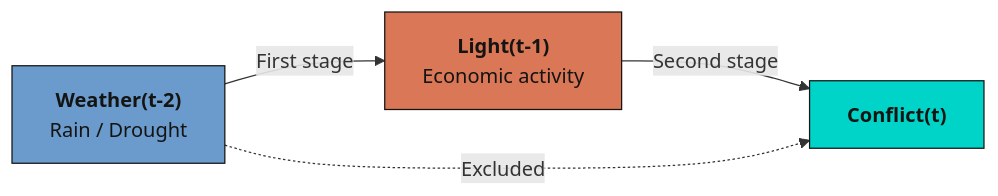
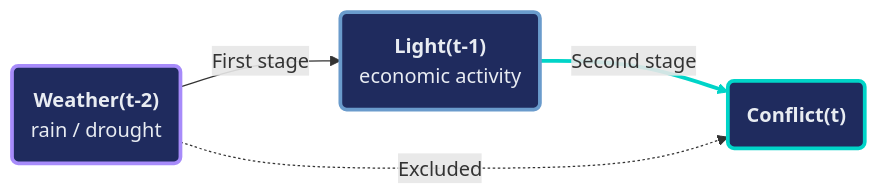
Before and after one commit to cmg777/starter-academic-v501: the second of 2 diagrams in content/post/stata_iv_panel/index.md, drawn with Mermaid. The commit also changed other lines of this file and 13 other files, not shown here.

First line of the commit message:
content(mermaid): restyle flowcharts in Stata posts, batch 1 of 2

````diff
--- a/content/post/stata_iv_panel/index.md
+++ b/content/post/stata_iv_panel/index.md
@@ -280,14 +284,18 @@
 ```mermaid
 graph LR
-    W["<b>Weather(t-2)</b><br/>Rain / Drought"]
-    L["<b>Light(t-1)</b><br/>Economic activity"]
-    C["<b>Conflict(t)</b>"]
+    W("<b>Weather(t-2)</b><br/>rain / drought")
+    L("<b>Light(t-1)</b><br/>economic activity")
+    C("<b>Conflict(t)</b>")
 
     W -->|"First stage"| L
     L -->|"Second stage"| C
     W -.->|"Excluded"| C
-
-    style W fill:#6a9bcc,stroke:#141413,color:#141413
-    style L fill:#d97757,stroke:#141413,color:#141413
-    style C fill:#00d4c8,stroke:#141413,color:#141413
+    classDef blue fill:#1f2b5e,stroke:#6a9bcc,stroke-width:3px,color:#e8ecf2
+    classDef orange fill:#1f2b5e,stroke:#d97757,stroke-width:3px,color:#e8ecf2
+    classDef teal fill:#1f2b5e,stroke:#00d4c8,stroke-width:3px,color:#e8ecf2
+    classDef violet fill:#1f2b5e,stroke:#a78bfa,stroke-width:3px,color:#e8ecf2
+    class W violet
+    class L blue
+    class C teal
+    linkStyle 1 stroke:#00d4c8,stroke-width:3px
 ```
````
